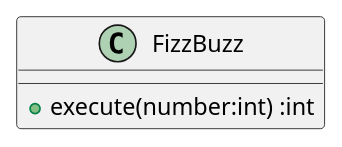
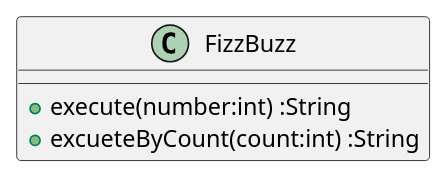
The diagram in docs/src/fizzbuzz.md (k2works/etude_for_java), drawn with PlantUML before and after one commit. The commit also changed other lines of this file and 4 other files, not shown here.

````diff
--- a/docs/src/fizzbuzz.md
+++ b/docs/src/fizzbuzz.md
@@ -27,7 +27,8 @@
 ```puml
 @startuml
 class FizzBuzz {
-  +execute(number:int) :int
+  +execute(number:int) :String
+  +excueteByCount(count:int) :String
 }
 @enduml
 ```
````
